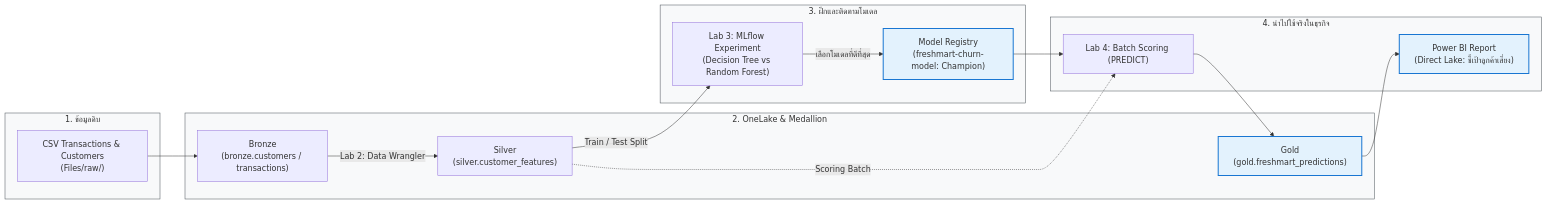
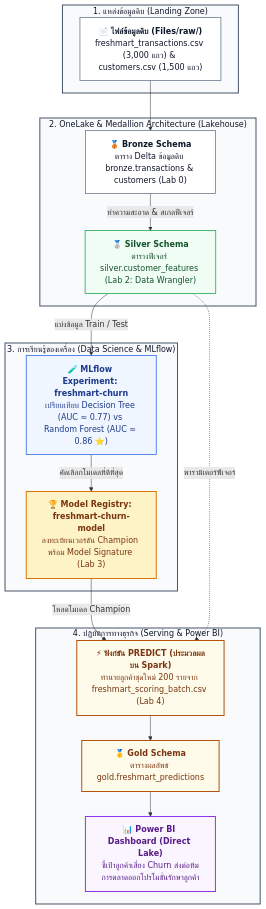
Before and after one commit to DataFabric-Academy/ms-fabric-data-science: the diagram in README.md, drawn with Mermaid.

Commit message:
docs: update README for ms-fabric-data-science module

````diff
--- a/README.md
+++ b/README.md
@@ -12,35 +12,47 @@
 ```mermaid
-flowchart LR
-    subgraph S1["1. ข้อมูลดิบ"]
-        CSV["CSV Transactions & Customers<br/>(Files/raw/)"]
+flowchart TD
+    subgraph S1 ["1. แหล่งข้อมูลดิบ (Landing Zone)"]
+        CSV["📄 <b>ไฟล์ข้อมูลดิบ (Files/raw/)</b><br/>freshmart_transactions.csv (3,000 แถว) & customers.csv (1,500 แถว)"]
     end
 
-    subgraph S2["2. OneLake & Medallion"]
-        B["Bronze<br/>(bronze.customers / transactions)"]
-        S["Silver<br/>(silver.customer_features)"]
-        G["Gold<br/>(gold.freshmart_predictions)"]
-        CSV --> B
-        B -->|Lab 2: Data Wrangler| S
+    subgraph S2 ["2. OneLake & Medallion Architecture (Lakehouse)"]
+        B["🥉 <b>Bronze Schema</b><br/>ตาราง Delta ข้อมูลดิบ bronze.transactions & customers (Lab 0)"]
+        S["🥈 <b>Silver Schema</b><br/>ตารางฟีเจอร์ silver.customer_features (Lab 2: Data Wrangler)"]
+        B -->|ทำความสะอาด & สเกลฟีเจอร์| S
     end
 
-    subgraph S3["3. ฝึกและติดตามโมเดล"]
-        EXP["Lab 3: MLflow Experiment<br/>(Decision Tree vs Random Forest)"]
-        REG["Model Registry<br/>(freshmart-churn-model: Champion)"]
-        S -->|Train / Test Split| EXP
-        EXP -->|เลือกโมเดลที่ดีที่สุด| REG
+    subgraph S3 ["3. การเรียนรู้ของเครื่อง (Data Science & MLflow)"]
+        EXP["🧪 <b>MLflow Experiment: freshmart-churn</b><br/>เปรียบเทียบ Decision Tree (AUC ≈ 0.77) vs Random Forest (AUC ≈ 0.86 ⭐)"]
+        REG["🏆 <b>Model Registry: freshmart-churn-model</b><br/>ลงทะเบียนเวอร์ชัน Champion พร้อม Model Signature (Lab 3)"]
+        EXP -->|คัดเลือกโมเดลที่ดีที่สุด| REG
     end
 
-    subgraph S4["4. นำไปใช้จริงในธุรกิจ"]
-        PRED["Lab 4: Batch Scoring (PREDICT)"]
-        PBI["Power BI Report<br/>(Direct Lake: ชี้เป้าลูกค้าเสี่ยง)"]
-        REG --> PRED
-        S -.->|Scoring Batch| PRED
+    subgraph S4 ["4. ปฏิบัติการทางธุรกิจ (Serving & Power BI)"]
+        PRED["⚡ <b>ฟังก์ชัน PREDICT (ประมวลผลบน Spark)</b><br/>ทำนายลูกค้าชุดใหม่ 200 รายจาก freshmart_scoring_batch.csv (Lab 4)"]
+        G["🥇 <b>Gold Schema</b><br/>ตารางผลลัพธ์ gold.freshmart_predictions"]
+        PBI["📊 <b>Power BI Dashboard (Direct Lake)</b><br/>ชี้เป้าลูกค้าเสี่ยง Churn ส่งต่อทีมการตลาดออกโปรโมชั่นรักษาลูกค้า"]
         PRED --> G
         G --> PBI
     end
 
-    classDef stage fill:#f8f9fa,stroke:#495057,stroke-width:1px;
-    classDef highlight fill:#e3f2fd,stroke:#1976d2,stroke-width:2px;
+    CSV --> B
+    S -->|แบ่งข้อมูล Train / Test| EXP
+    REG -->|โหลดโมเดล Champion| PRED
+    S -.->|พารามิเตอร์ฟีเจอร์| PRED
+
+    classDef stage fill:#f8fafc,stroke:#475569,stroke-width:2px,color:#0f172a;
+    classDef raw fill:#ffffff,stroke:#64748b,stroke-width:1.5px,color:#0f172a;
+    classDef silver fill:#f0fdf4,stroke:#16a34a,stroke-width:1.5px,color:#14532d;
+    classDef ml fill:#eff6ff,stroke:#2563eb,stroke-width:1.5px,color:#1e3a8a;
+    classDef champion fill:#fef3c7,stroke:#d97706,stroke-width:2px,color:#78350f;
+    classDef gold fill:#fffbeb,stroke:#b45309,stroke-width:2px,color:#78350f;
+    classDef pbi fill:#faf5ff,stroke:#9333ea,stroke-width:2px,color:#581c87;
+
     class S1,S2,S3,S4 stage;
-    class REG,G,PBI highlight;
+    class CSV,B raw;
+    class S silver;
+    class EXP ml;
+    class REG champion;
+    class PRED,G gold;
+    class PBI pbi;
 ```
````
